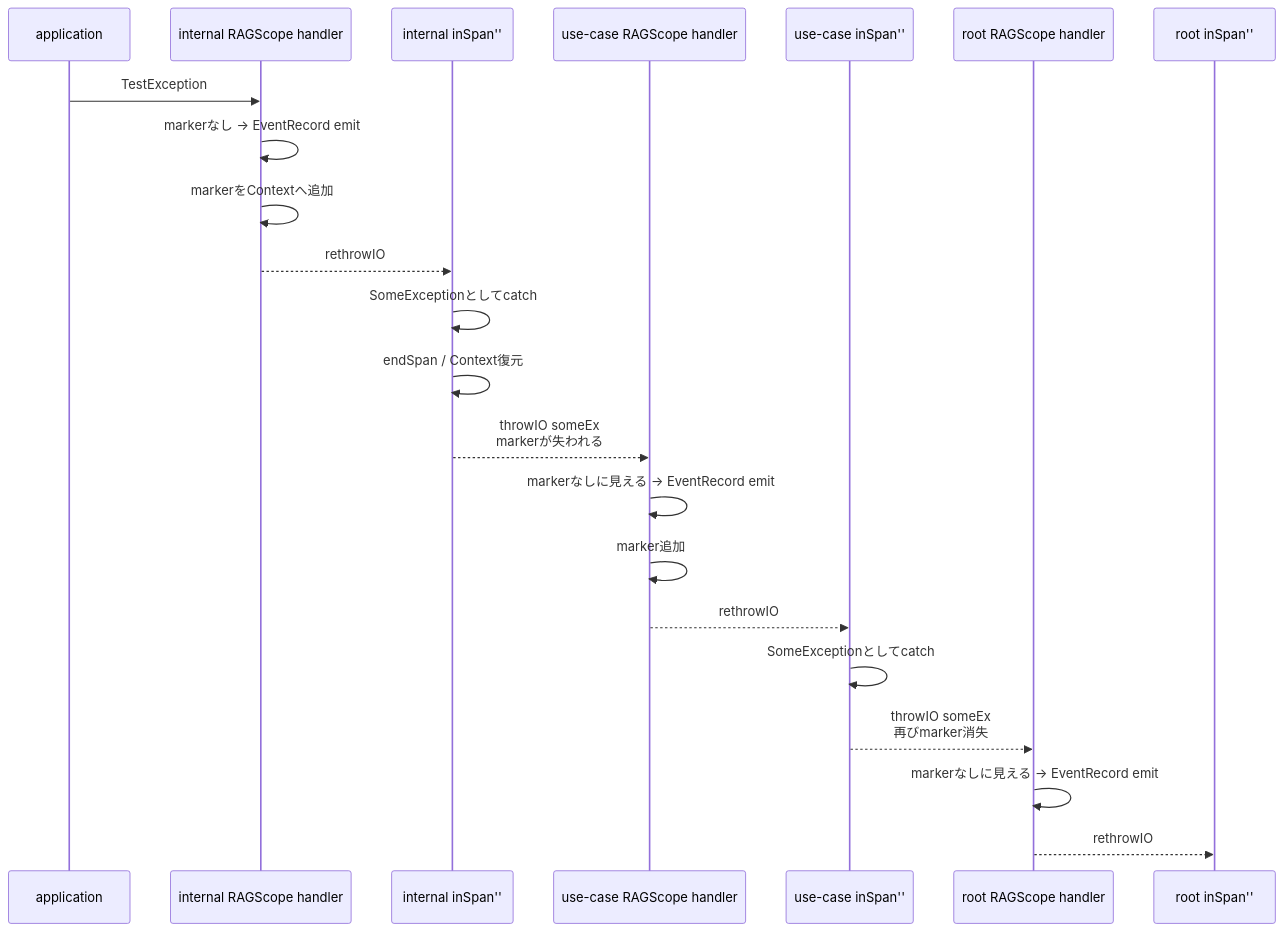
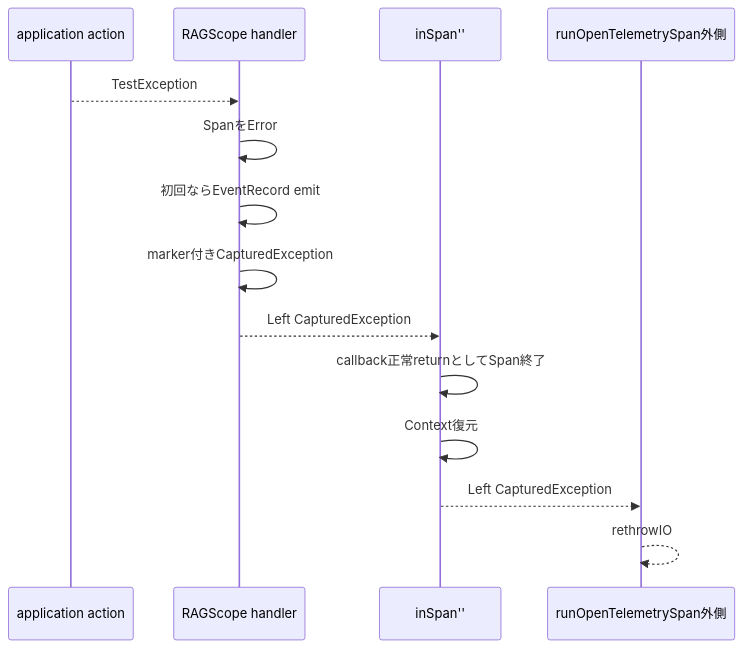
The diagram in Notes/RAGScope/RAGScopeアプリケーション/RS-0024 Observability理解/04 exception伝播とEventRecord exactly-once.md (takashit16833/Workbench), drawn with Mermaid before and after one commit. The commit also changed other lines of this file, not shown here.

````diff
--- a/Notes/RAGScope/RAGScopeアプリケーション/RS-0024 Observability理解/04 exception伝播とEventRecord exactly-once.md
+++ b/Notes/RAGScope/RAGScopeアプリケーション/RS-0024 Observability理解/04 exception伝播とEventRecord exactly-once.md
@@ -207,27 +156,17 @@
 ```mermaid
 sequenceDiagram
-    participant A as application
-    participant IH as internal RAGScope handler
-    participant IS as internal inSpan''
-    participant UH as use-case RAGScope handler
-    participant US as use-case inSpan''
-    participant RH as root RAGScope handler
-    participant RS as root inSpan''
+    participant A as application action
+    participant H as RAGScope handler
+    participant S as inSpan''
+    participant O as runOpenTelemetrySpan外側
 
-    A->>IH: TestException
-    IH->>IH: markerなし → EventRecord emit
-    IH->>IH: markerをContextへ追加
-    IH-->>IS: rethrowIO
-    IS->>IS: SomeExceptionとしてcatch
-    IS->>IS: endSpan / Context復元
-    IS-->>UH: throwIO someEx<br/>markerが失われる
-
-    UH->>UH: markerなしに見える → EventRecord emit
-    UH->>UH: marker追加
-    UH-->>US: rethrowIO
-    US->>US: SomeExceptionとしてcatch
-    US-->>RH: throwIO someEx<br/>再びmarker消失
-
-    RH->>RH: markerなしに見える → EventRecord emit
-    RH-->>RS: rethrowIO
+    A-->>H: TestException
+    H->>H: SpanをError
+    H->>H: 初回ならEventRecord emit
+    H->>H: marker付きCapturedException
+    H-->>S: Left CapturedException
+    S->>S: callback正常returnとしてSpan終了
+    S->>S: Context復元
+    S-->>O: Left CapturedException
+    O-->>O: rethrowIO
 ```
````
